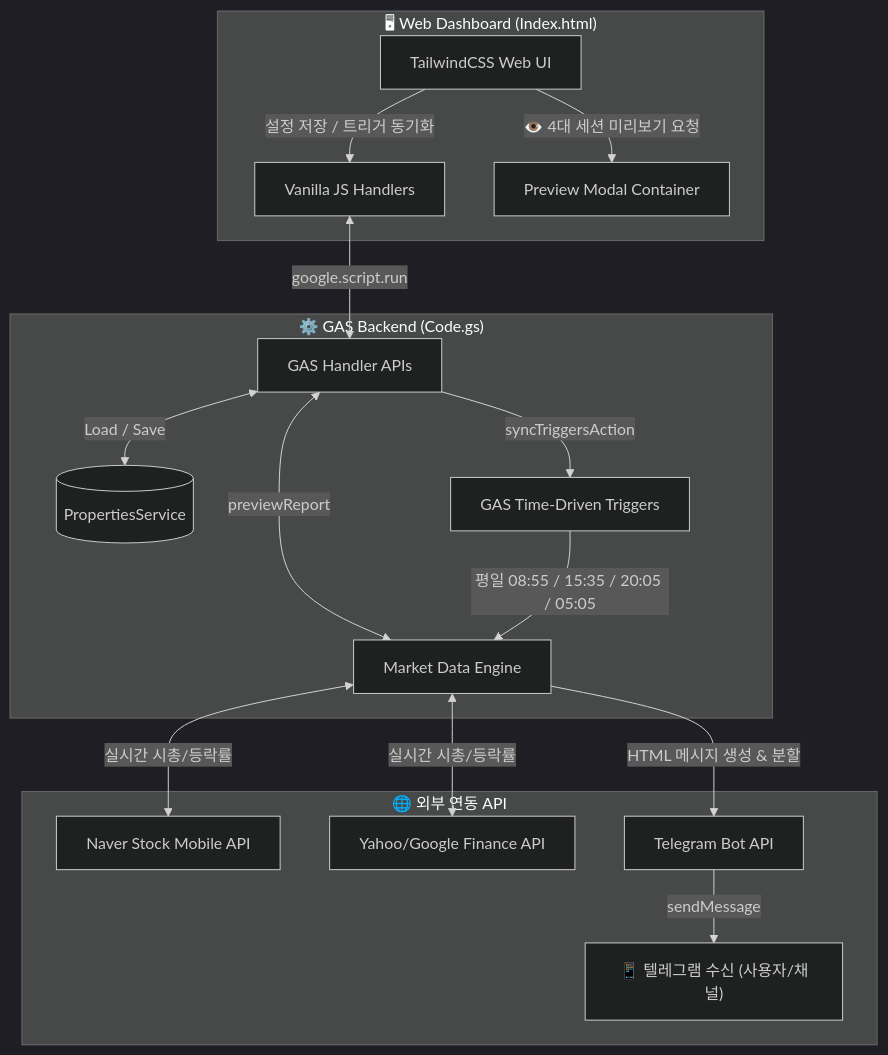
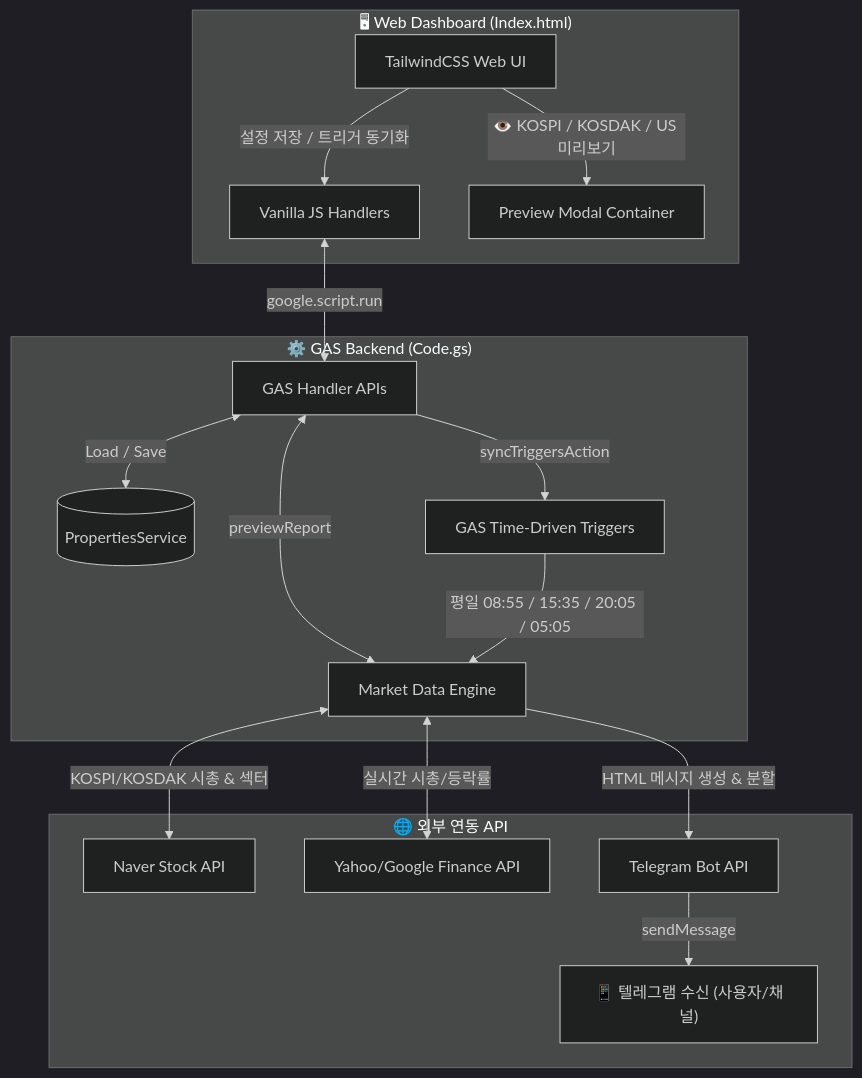
One commit to moozuknet/StockRankInfo changed the diagram in README.md. Above: the diagram before and after it, drawn with Mermaid (dark theme). The commit also changed other lines of this file and 6 other files, not shown here.

First line of the commit message:
feat: KOSPI/KOSDAK market separation and WICS sector info pipeline (v2.4.0)

````diff
--- a/README.md
+++ b/README.md
@@ -53,22 +56,22 @@
 ```mermaid
 flowchart TD
     subgraph Frontend["🖥 Web Dashboard (Index.html)"]
         UI[TailwindCSS Web UI] -->|설정 저장 / 트리거 동기화| JS[Vanilla JS Handlers]
-        UI -->|👁️ 4대 세션 미리보기 요청| PreviewModal[Preview Modal Container]
+        UI -->|👁️ KOSPI / KOSDAK / US 미리보기| PreviewModal[Preview Modal Container]
     end
 
     subgraph Backend["⚙️ GAS Backend (Code.gs)"]
         JS <-->|google.script.run| API[GAS Handler APIs]
         API <-->|previewReport| Scraper[Market Data Engine]
         API <-->|Load / Save| Storage[(PropertiesService)]
         API -->|syncTriggersAction| Scheduler[GAS Time-Driven Triggers]
     end
 
     subgraph External["🌐 외부 연동 API"]
         Scheduler -->|평일 08:55 / 15:35 / 20:05 / 05:05| Scraper
-        Scraper <-->|실시간 시총/등락률| Naver[Naver Stock Mobile API]
+        Scraper <-->|KOSPI/KOSDAK 시총 & 섹터| Naver[Naver Stock API]
         Scraper <-->|실시간 시총/등락률| Yahoo[Yahoo/Google Finance API]
         Scraper -->|HTML 메시지 생성 & 분할| Telegram[Telegram Bot API]
         Telegram -->|sendMessage| UserDevice["📱 텔레그램 수신 (사용자/채널)"]
     end
 ```
````
